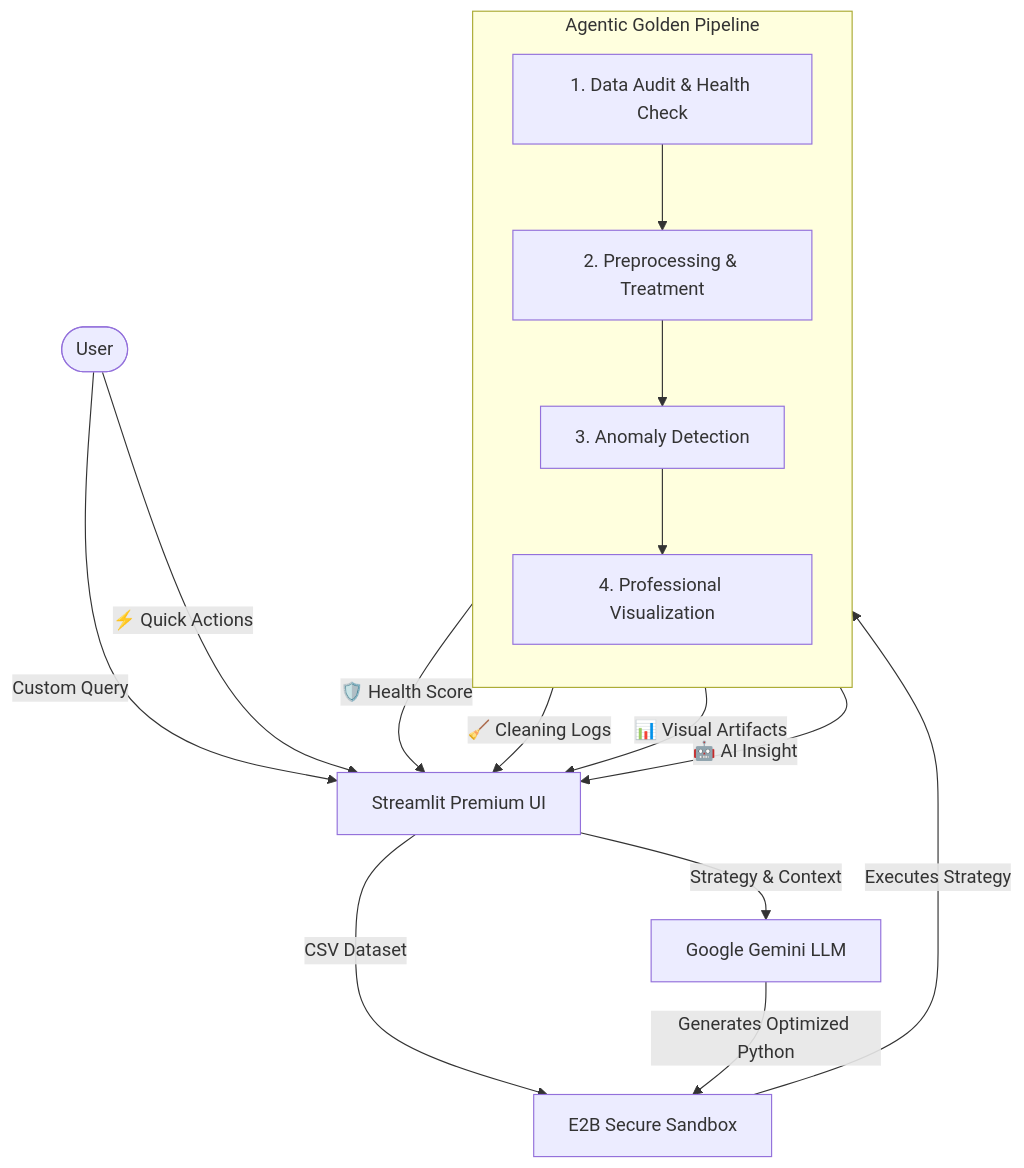
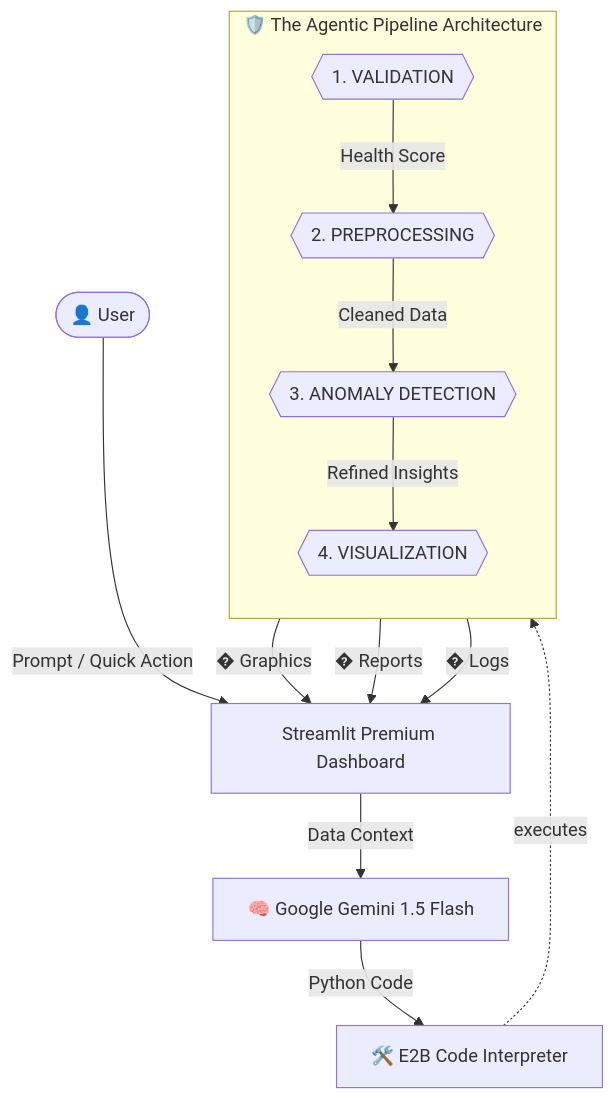
Before and after one commit to Arvindtechicon/Agentic-Data-Sanitizer: the diagram in README.md, drawn with Mermaid.

Commit message:
Redesign architecture diagram in README for better clarity and aesthetics

````diff
--- a/README.md
+++ b/README.md
@@ -36,26 +36,20 @@
 ```mermaid
-graph TD
-    User([User]) -->|Custom Query| UI
-    User -->|⚡ Quick Actions| UI[Streamlit Premium UI]
+flowchart TD
+    User([👤 User]) -->|Prompt / Quick Action| UI[Streamlit Premium Dashboard]
     
-    UI -->|CSV Dataset| Sandbox[E2B Secure Sandbox]
-    UI -->|Strategy & Context| Gemini[Google Gemini LLM]
+    UI -->|Data Context| LLM[🧠 Google Gemini 1.5 Flash]
+    LLM -->|Python Code| Sandbox[🛠️ E2B Code Interpreter]
     
-    subgraph Golden_Pipeline [Agentic Golden Pipeline]
+    subgraph Agentic_Pipeline [🛡️ The Agentic Pipeline Architecture]
         direction TB
-        Audit[1. Data Audit & Health Check]
-        Clean[2. Preprocessing & Treatment]
-        Detect[3. Anomaly Detection]
-        Viz[4. Professional Visualization]
-        
-        Audit --> Clean --> Detect --> Viz
+        Audit{{1. VALIDATION}} -->|Health Score| PreProcess{{2. PREPROCESSING}}
+        PreProcess -->|Cleaned Data| Anomaly{{3. ANOMALY DETECTION}}
+        Anomaly -->|Refined Insights| Viz{{4. VISUALIZATION}}
     end
     
-    Gemini -->|Generates Optimized Python| Sandbox
-    Sandbox -->|Executes Strategy| Golden_Pipeline
+    Sandbox -. executes .-> Agentic_Pipeline
     
-    Golden_Pipeline -->|🛡️ Health Score| UI
-    Golden_Pipeline -->|🧹 Cleaning Logs| UI
-    Golden_Pipeline -->|📊 Visual Artifacts| UI
-    Golden_Pipeline -->|🤖 AI Insight| UI
+    Viz -->|� Graphics| UI
+    Audit -->|�️ Reports| UI
+    PreProcess -->|� Logs| UI
 ```
````
